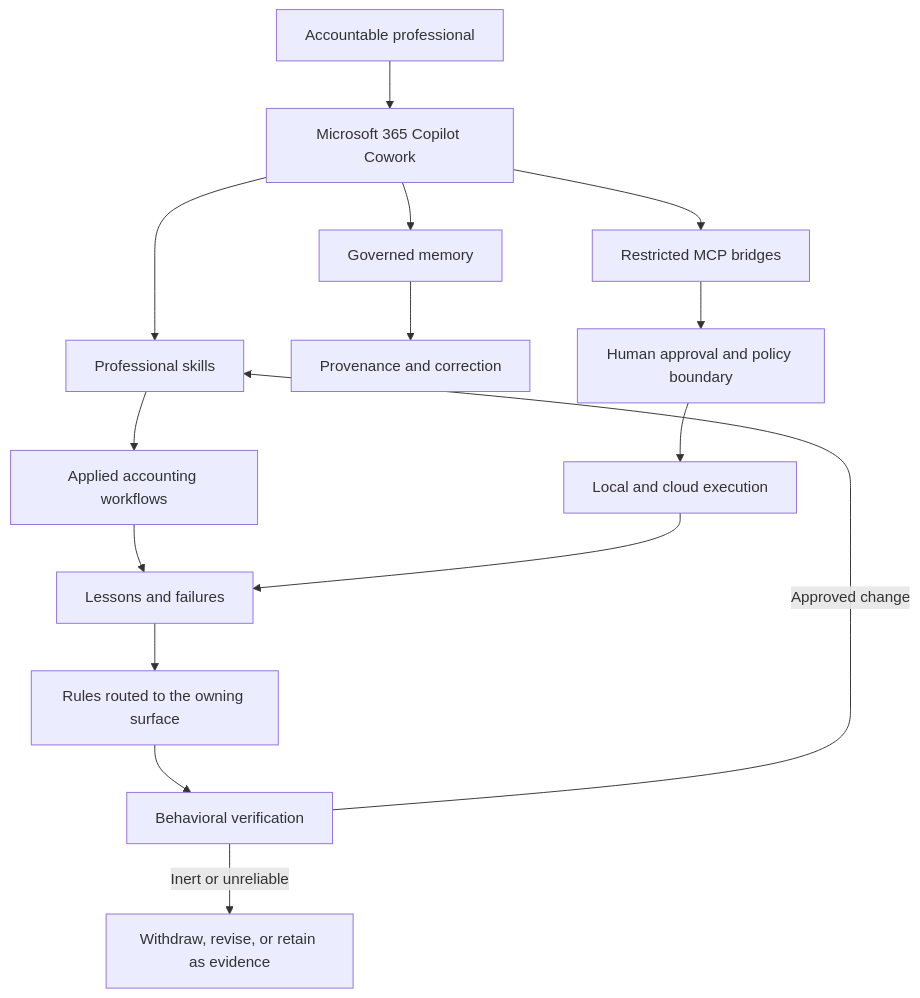
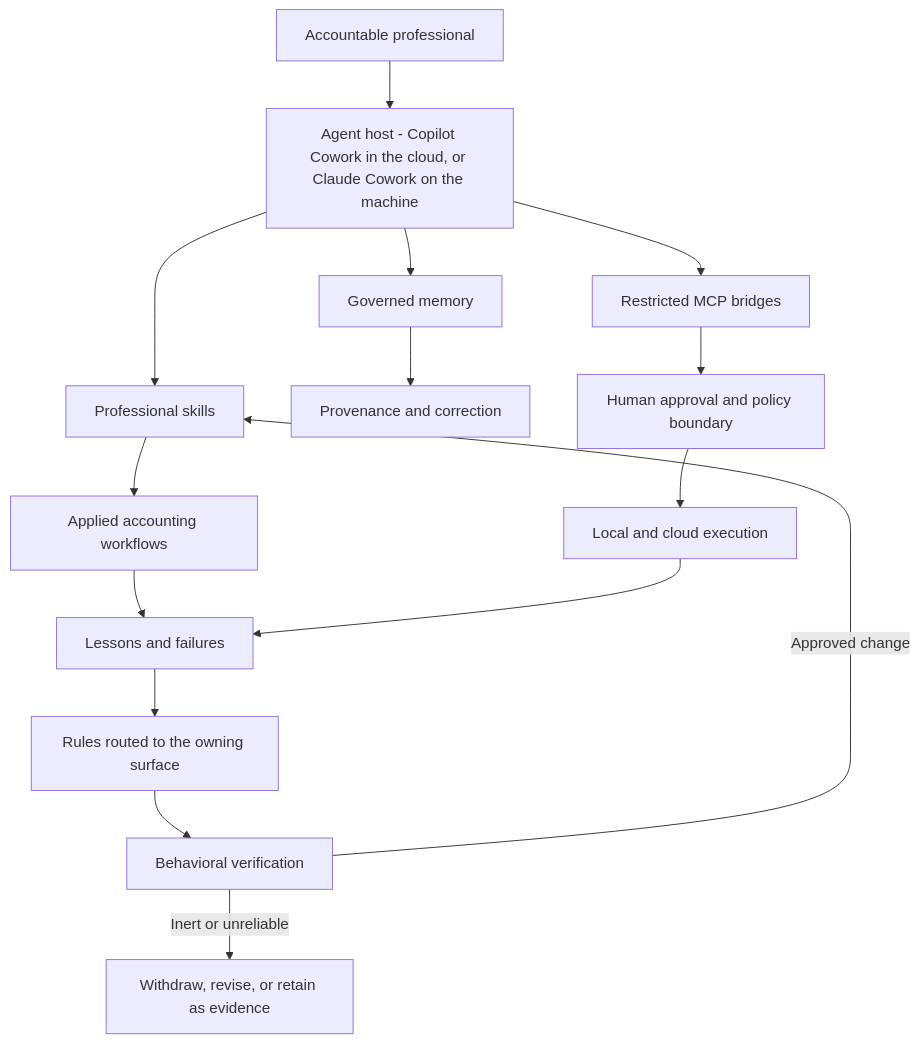
The diagram in README.md (jordanmrash/agent-of-record), drawn with Mermaid before and after one commit. The commit also changed other lines of this file and 10 other files, not shown here.

````diff
--- a/README.md
+++ b/README.md
@@ -73,20 +73,20 @@
 ```mermaid
 flowchart TB
-    P[Accountable professional] --> C[Microsoft 365 Copilot Cowork]
+    P[Accountable professional] --> C[Agent host - Copilot Cowork in the cloud, or Claude Cowork on the machine]
 
     C --> S[Professional skills]
     C --> M[Governed memory]
     C --> B[Restricted MCP bridges]
 
     S --> A[Applied accounting workflows]
     M --> PR[Provenance and correction]
     B --> H[Human approval and policy boundary]
     H --> E[Local and cloud execution]
 
     A --> L[Lessons and failures]
     E --> L
     L --> R[Rules routed to the owning surface]
     R --> V[Behavioral verification]
     V -->|Approved change| S
     V -->|Inert or unreliable| X[Withdraw, revise, or retain as evidence]
 ```
````
